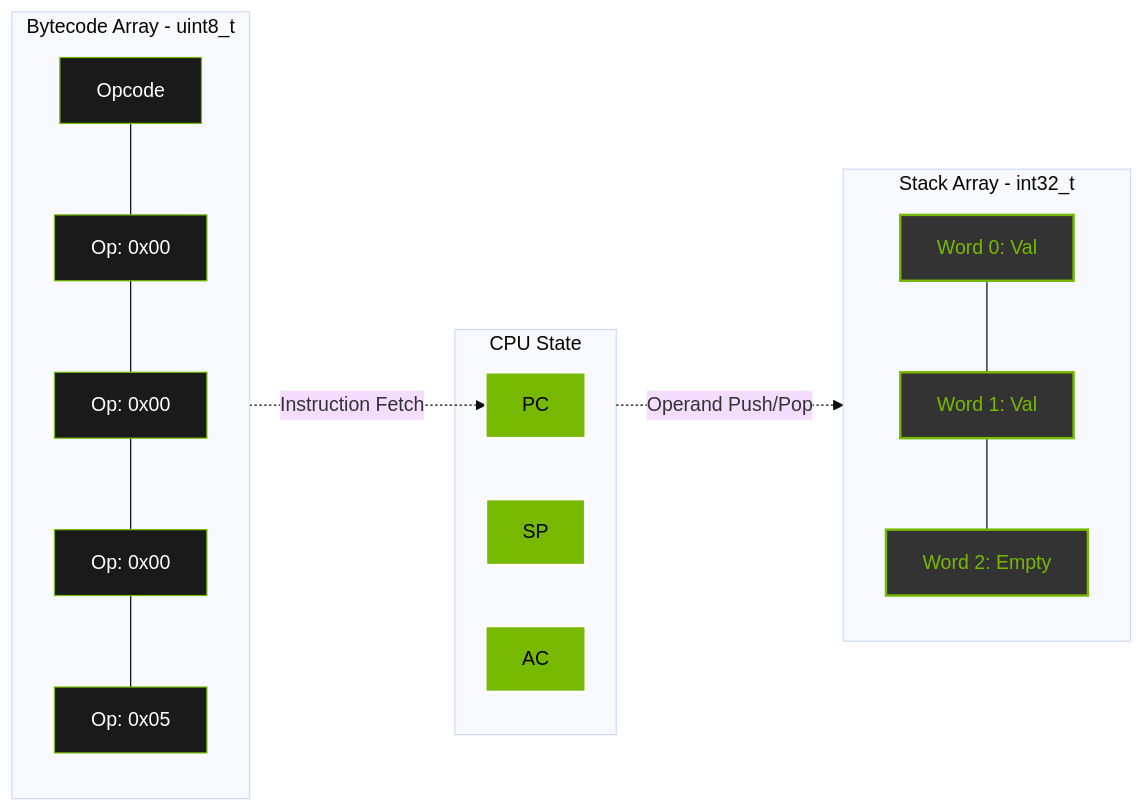
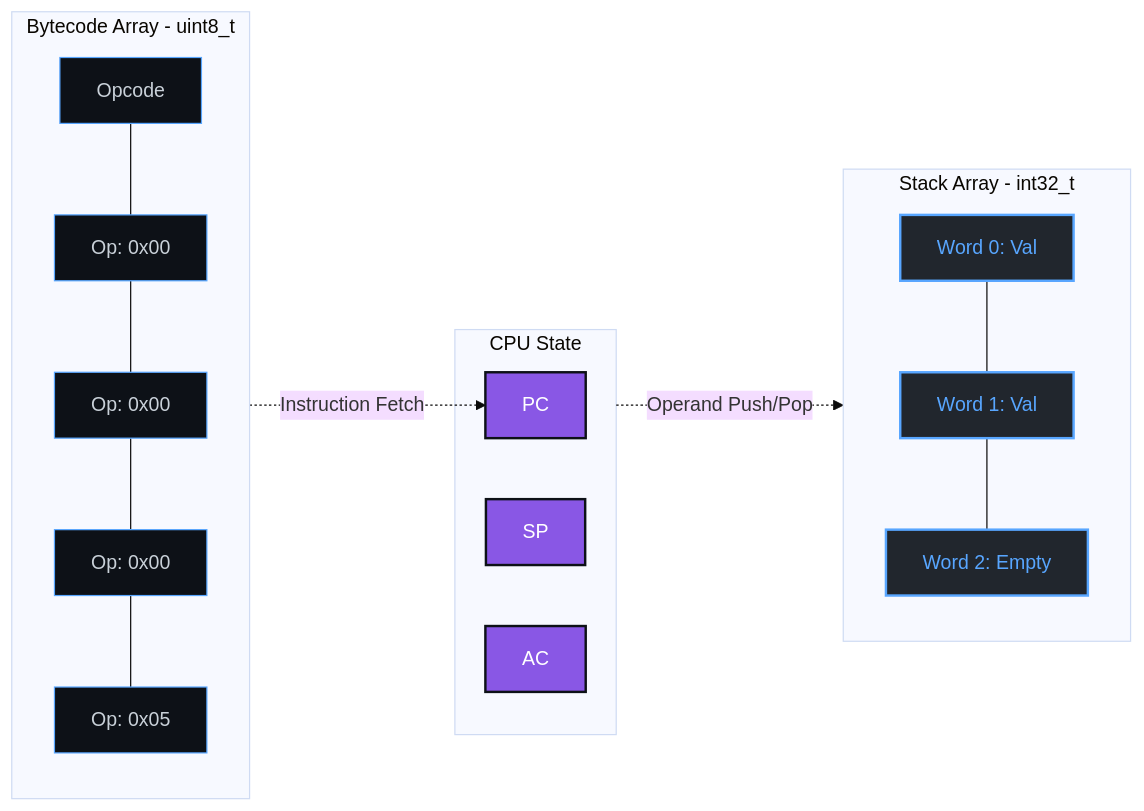
The second of 2 diagrams in README.md (SujalAgrawal08/ProtoPTX), drawn with Mermaid (base theme) before and after one commit. The commit also changed other lines of this file, not shown here.

````diff
--- a/README.md
+++ b/README.md
@@ -54,23 +54,23 @@
 ```mermaid
 graph LR
-    classDef byte fill:#1a1a1a,stroke:#76b900,stroke-width:1px,color:#fff;
-    classDef word fill:#333333,stroke:#76b900,stroke-width:2px,color:#76b900;
-    classDef reg fill:#76b900,stroke:#fff,stroke-width:2px,color:#000;
+    classDef byte fill:#0d1117,stroke:#58a6ff,stroke-width:1px,color:#c9d1d9;
+    classDef word fill:#21262d,stroke:#58a6ff,stroke-width:2px,color:#58a6ff;
+    classDef reg fill:#8957e5,stroke:#0d1117,stroke-width:2px,color:#fff;
     
     subgraph ProgramMemory [Bytecode Array - uint8_t]
         B0[Opcode]:::byte --- B1[Op: 0x00]:::byte --- B2[Op: 0x00]:::byte --- B3[Op: 0x00]:::byte --- B4[Op: 0x05]:::byte
     end
 
     subgraph Registers [CPU State]
         PC[PC]:::reg
         SP[SP]:::reg
         AC[AC]:::reg
     end
 
     subgraph StackMemory [Stack Array - int32_t]
         W0[Word 0: Val]:::word --- W1[Word 1: Val]:::word --- W2[Word 2: Empty]:::word
     end
 
     ProgramMemory -. "Instruction Fetch" .-> PC
     Registers -. "Operand Push/Pop" .-> StackMemory
 ```
````
